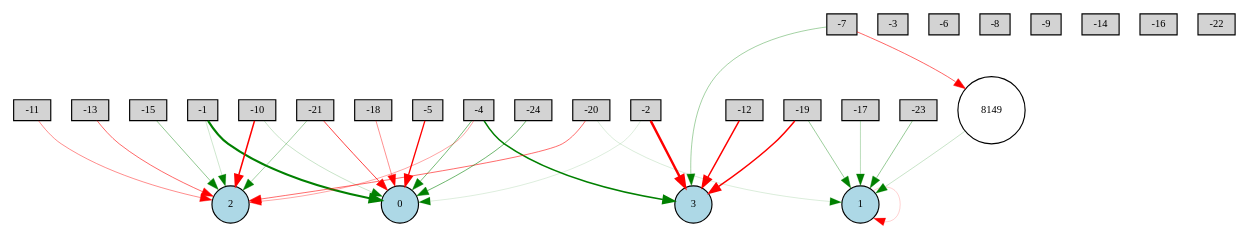
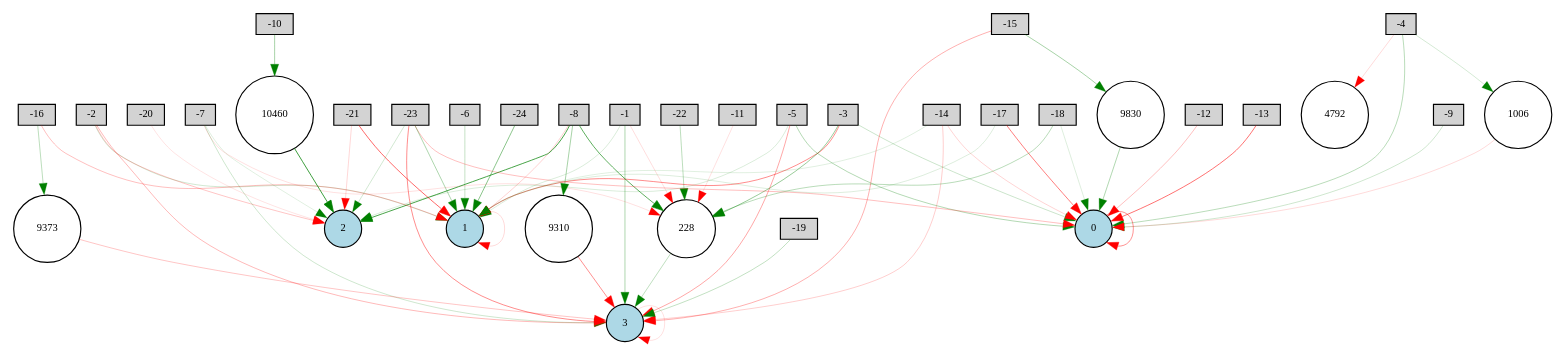
One commit to yoshinobc/EA changed the diagram in experiment/Bipedalwalker/neat/190net-enabled.gv. Above: the diagram before and after it, drawn with Graphviz. The commit also changed 277 other files, not shown here.

```diff
--- a/experiment/Bipedalwalker/neat/190net-enabled.gv
+++ b/experiment/Bipedalwalker/neat/190net-enabled.gv
@@ -1,60 +1,96 @@
 digraph {
 	node [fontsize=9 height=0.2 shape=circle width=0.2]
 	-1 [fillcolor=lightgray shape=box style=filled]
 	-2 [fillcolor=lightgray shape=box style=filled]
 	-3 [fillcolor=lightgray shape=box style=filled]
 	-4 [fillcolor=lightgray shape=box style=filled]
 	-5 [fillcolor=lightgray shape=box style=filled]
 	-6 [fillcolor=lightgray shape=box style=filled]
 	-7 [fillcolor=lightgray shape=box style=filled]
 	-8 [fillcolor=lightgray shape=box style=filled]
 	-9 [fillcolor=lightgray shape=box style=filled]
 	-10 [fillcolor=lightgray shape=box style=filled]
 	-11 [fillcolor=lightgray shape=box style=filled]
 	-12 [fillcolor=lightgray shape=box style=filled]
 	-13 [fillcolor=lightgray shape=box style=filled]
 	-14 [fillcolor=lightgray shape=box style=filled]
 	-15 [fillcolor=lightgray shape=box style=filled]
 	-16 [fillcolor=lightgray shape=box style=filled]
 	-17 [fillcolor=lightgray shape=box style=filled]
 	-18 [fillcolor=lightgray shape=box style=filled]
 	-19 [fillcolor=lightgray shape=box style=filled]
 	-20 [fillcolor=lightgray shape=box style=filled]
 	-21 [fillcolor=lightgray shape=box style=filled]
 	-22 [fillcolor=lightgray shape=box style=filled]
 	-23 [fillcolor=lightgray shape=box style=filled]
 	-24 [fillcolor=lightgray shape=box style=filled]
 	0 [fillcolor=lightblue style=filled]
 	1 [fillcolor=lightblue style=filled]
 	2 [fillcolor=lightblue style=filled]
 	3 [fillcolor=lightblue style=filled]
-	8149 [fillcolor=white style=filled]
-	-20 -> 2 [color=red penwidth=0.5012547698292904 style=solid]
-	-10 -> 2 [color=red penwidth=1.3181972030625615 style=solid]
-	-2 -> 0 [color=green penwidth=0.11669802921426183 style=solid]
-	-19 -> 3 [color=red penwidth=1.2663566672589912 style=solid]
-	-15 -> 2 [color=green penwidth=0.3765660987753223 style=solid]
-	-4 -> 2 [color=red penwidth=0.3110680244502386 style=solid]
-	-17 -> 1 [color=green penwidth=0.2356094884887572 style=solid]
-	-1 -> 0 [color=green penwidth=1.824995478141473 style=solid]
-	-4 -> 3 [color=green penwidth=1.2965670575613764 style=solid]
-	-21 -> 0 [color=red penwidth=0.6386839884105402 style=solid]
-	-13 -> 2 [color=red penwidth=0.5112984337085823 style=solid]
-	-7 -> 3 [color=green penwidth=0.30661274250944726 style=solid]
-	1 -> 1 [color=red penwidth=0.1614388624095739 style=solid]
-	-18 -> 0 [color=red penwidth=0.38334220954325693 style=solid]
-	-5 -> 0 [color=red penwidth=1.126287049484483 style=solid]
-	-19 -> 1 [color=green penwidth=0.33650510203660455 style=solid]
-	-1 -> 2 [color=green penwidth=0.17149389142361182 style=solid]
-	-4 -> 0 [color=green penwidth=0.45801901972839354 style=solid]
-	-20 -> 1 [color=green penwidth=0.13322564124380865 style=solid]
-	-23 -> 1 [color=green penwidth=0.3642842536538934 style=solid]
-	-12 -> 3 [color=red penwidth=1.2651759529090145 style=solid]
-	-2 -> 3 [color=red penwidth=2.090099979647179 style=solid]
-	8149 -> 1 [color=green penwidth=0.18652710267713635 style=solid]
-	-21 -> 2 [color=green penwidth=0.3067818225300185 style=solid]
-	-24 -> 0 [color=green penwidth=0.4889035734347267 style=solid]
-	-11 -> 2 [color=red penwidth=0.38978825326415745 style=solid]
-	-10 -> 0 [color=green penwidth=0.1873842048219736 style=solid]
-	-7 -> 8149 [color=red penwidth=0.5198375899309333 style=solid]
+	228 [fillcolor=white style=filled]
+	9830 [fillcolor=white style=filled]
+	1006 [fillcolor=white style=filled]
+	4792 [fillcolor=white style=filled]
+	10460 [fillcolor=white style=filled]
+	9373 [fillcolor=white style=filled]
+	9310 [fillcolor=white style=filled]
+	-20 -> 2 [color=red penwidth=0.10304909290492882 style=solid]
+	-23 -> 0 [color=red penwidth=0.22309356606591063 style=solid]
+	-19 -> 3 [color=green penwidth=0.2084680287964225 style=solid]
+	-24 -> 1 [color=green penwidth=0.4031086966544659 style=solid]
+	-12 -> 0 [color=red penwidth=0.2159662094750532 style=solid]
+	-21 -> 1 [color=red penwidth=0.5059834286140459 style=solid]
+	-10 -> 10460 [color=green penwidth=0.30000000000000004 style=solid]
+	-8 -> 1 [color=red penwidth=0.16096483517630455 style=solid]
+	-8 -> 9310 [color=green penwidth=0.30000000000000004 style=solid]
+	-1 -> 1 [color=green penwidth=0.1280190071904174 style=solid]
+	3 -> 3 [color=red penwidth=0.11329629014526169 style=solid]
+	-17 -> 0 [color=red penwidth=0.4443897215279229 style=solid]
+	-23 -> 3 [color=red penwidth=0.3896651981412257 style=solid]
+	9830 -> 0 [color=green penwidth=0.2721900480127993 style=solid]
+	-23 -> 2 [color=green penwidth=0.15939670893852081 style=solid]
+	-15 -> 3 [color=red penwidth=0.2736039874100452 style=solid]
+	-8 -> 2 [color=green penwidth=0.6161092083581813 style=solid]
+	9373 -> 3 [color=red penwidth=0.19663887184393752 style=solid]
+	-7 -> 3 [color=green penwidth=0.16766585139502793 style=solid]
+	1 -> 1 [color=red penwidth=0.13316568834062295 style=solid]
+	1006 -> 0 [color=red penwidth=0.12700564536533154 style=solid]
+	-5 -> 0 [color=green penwidth=0.26036140678620223 style=solid]
+	0 -> 0 [color=red penwidth=0.36566857707049105 style=solid]
+	-14 -> 3 [color=red penwidth=0.16834578342125472 style=solid]
+	-22 -> 228 [color=green penwidth=0.22980781574516815 style=solid]
+	9310 -> 3 [color=red penwidth=0.3819459944168663 style=solid]
+	-18 -> 228 [color=green penwidth=0.24394085470619814 style=solid]
+	-2 -> 2 [color=red penwidth=0.19716025003703436 style=solid]
+	-2 -> 1 [color=green penwidth=0.1602386281739876 style=solid]
+	-8 -> 228 [color=green penwidth=0.5399664585106867 style=solid]
+	-16 -> 1 [color=red penwidth=0.22191229728806572 style=solid]
+	-3 -> 1 [color=red penwidth=0.3889377374148054 style=solid]
+	-11 -> 228 [color=red penwidth=0.11391800799909857 style=solid]
+	-9 -> 0 [color=green penwidth=0.1713076397810931 style=solid]
+	228 -> 3 [color=green penwidth=0.21866455722612535 style=solid]
+	-4 -> 0 [color=green penwidth=0.24443439109624437 style=solid]
+	-7 -> 2 [color=green penwidth=0.1119306390091128 style=solid]
+	-1 -> 228 [color=red penwidth=0.11686155372423823 style=solid]
+	-3 -> 228 [color=green penwidth=0.34702728906091973 style=solid]
+	10460 -> 2 [color=green penwidth=0.6497349468632901 style=solid]
+	-5 -> 3 [color=red penwidth=0.300044361028846 style=solid]
+	-4 -> 4792 [color=red penwidth=0.13401489137553674 style=solid]
+	-14 -> 0 [color=red penwidth=0.145359741332825 style=solid]
+	-6 -> 1 [color=green penwidth=0.20307683534085835 style=solid]
+	-15 -> 9830 [color=green penwidth=0.30000000000000004 style=solid]
+	-23 -> 1 [color=green penwidth=0.27799539887076746 style=solid]
+	-7 -> 228 [color=red penwidth=0.10715996622691952 style=solid]
+	-2 -> 3 [color=red penwidth=0.24319970955606274 style=solid]
+	-21 -> 2 [color=red penwidth=0.14006435791605837 style=solid]
+	-3 -> 0 [color=green penwidth=0.1778293917290772 style=solid]
+	-17 -> 1 [color=green penwidth=0.11823452001627727 style=solid]
+	-1 -> 3 [color=green penwidth=0.2824671332020907 style=solid]
+	-16 -> 9373 [color=green penwidth=0.22896284204952455 style=solid]
+	-18 -> 0 [color=green penwidth=0.12461788079075492 style=solid]
+	-13 -> 0 [color=red penwidth=0.48356576185805755 style=solid]
+	-5 -> 2 [color=green penwidth=0.12578117076221154 style=solid]
+	-14 -> 1 [color=green penwidth=0.11352097949120102 style=solid]
+	-4 -> 1006 [color=green penwidth=0.1521093519007319 style=solid]
 }
```
